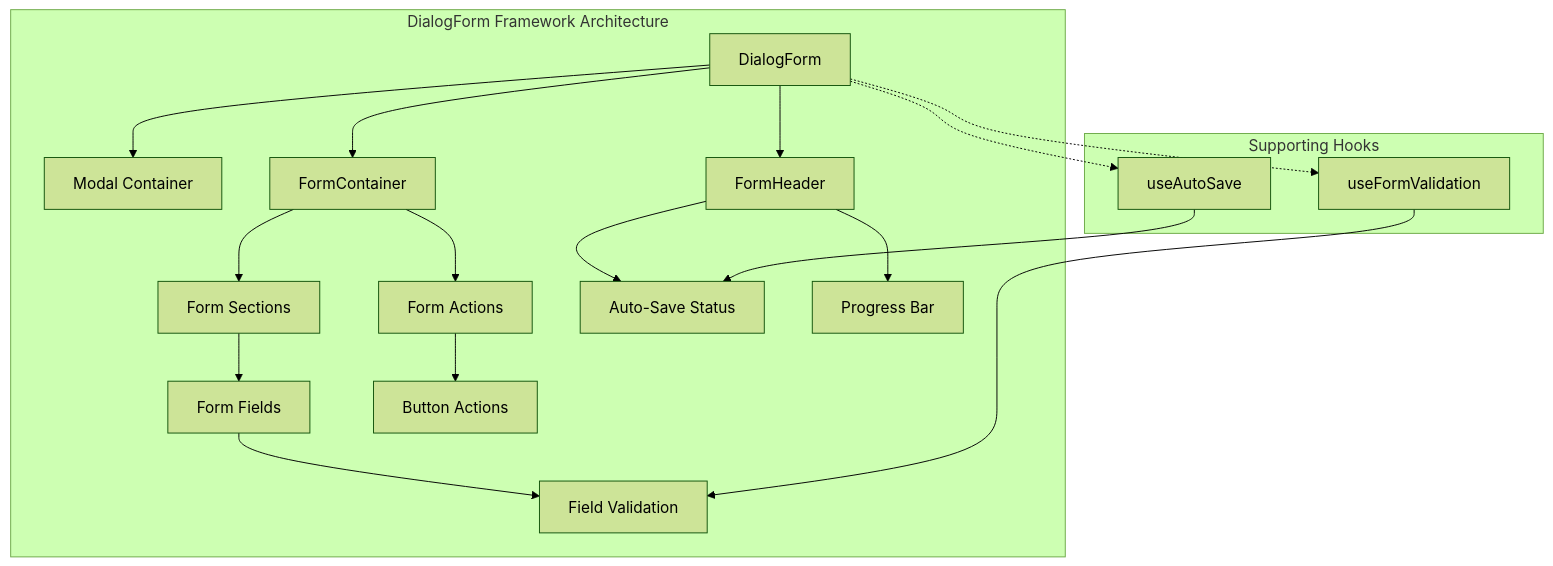
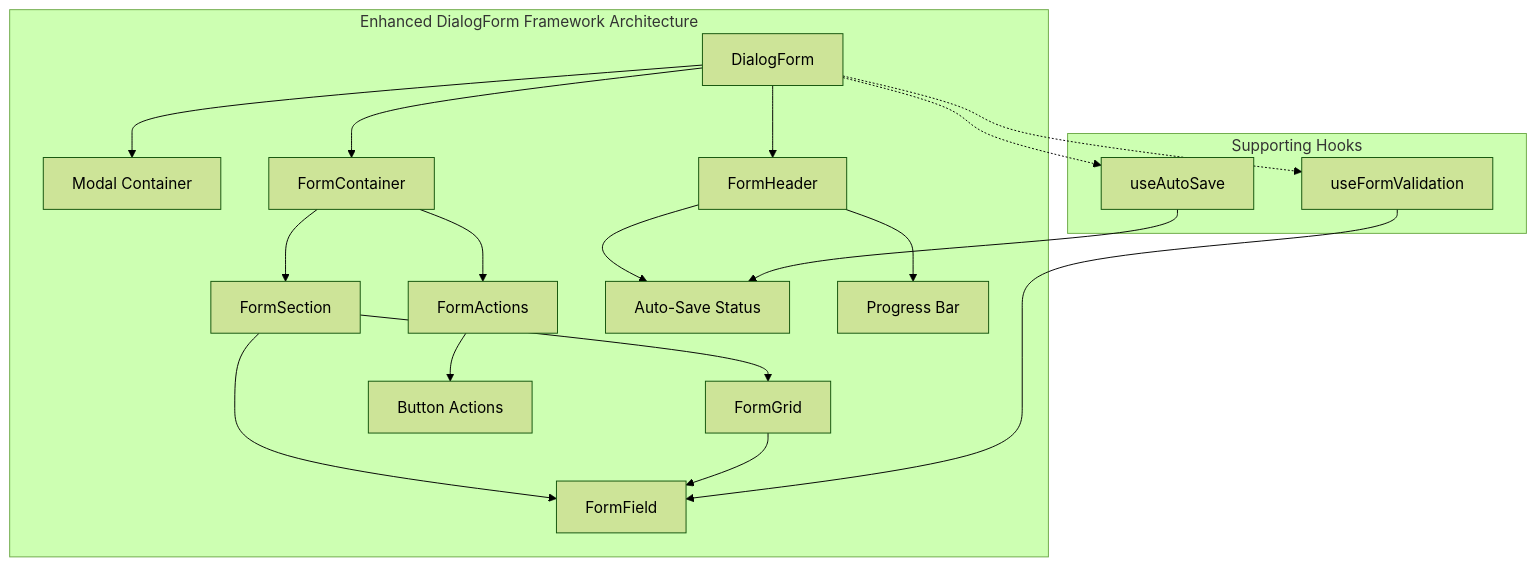
The first of 8 diagrams in .qoder/repowiki/en/content/UI Component Library/DialogForm Framework.md (geniusdynamics/schoolpilot), drawn with Mermaid (forest theme) before and after one commit. The commit also changed other lines of this file and 6 other files, not shown here.

````diff
--- a/.qoder/repowiki/en/content/UI Component Library/DialogForm Framework.md
+++ b/.qoder/repowiki/en/content/UI Component Library/DialogForm Framework.md
@@ -40,21 +53,22 @@
 ```mermaid
 graph TB
-subgraph "DialogForm Framework Architecture"
+subgraph "Enhanced DialogForm Framework Architecture"
 DF[DialogForm] --> MC[Modal Container]
 DF --> FC[FormContainer]
 DF --> FH[FormHeader]
-FC --> FS[Form Sections]
-FC --> FA[Form Actions]
+FC --> FS[FormSection]
+FC --> FA[FormActions]
+FS --> FG[FormGrid]
+FS --> FF[FormField]
+FG --> FF
+FA --> BA[Button Actions]
 FH --> AP[Auto-Save Status]
 FH --> PB[Progress Bar]
-FS --> FF[Form Fields]
-FF --> FV[Field Validation]
-FA --> BA[Button Actions]
 end
 subgraph "Supporting Hooks"
-UV[useFormValidation] --> FV
+UV[useFormValidation] --> FF
 AS[useAutoSave] --> AP
 end
 DF -.-> UV
 DF -.-> AS
 ```
````
